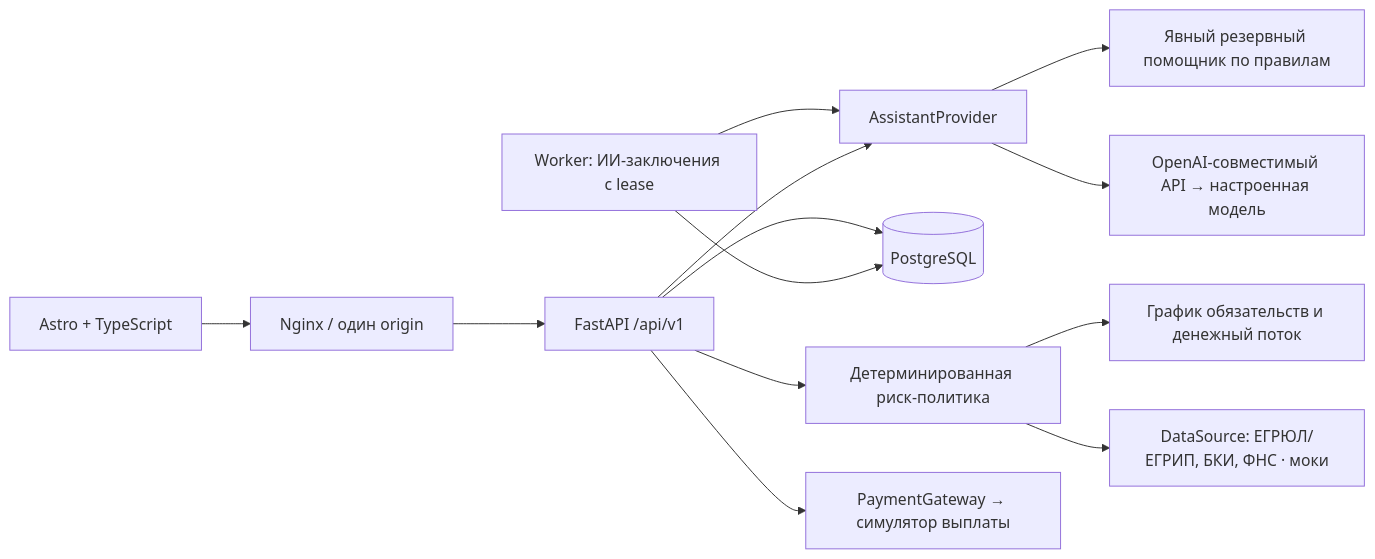
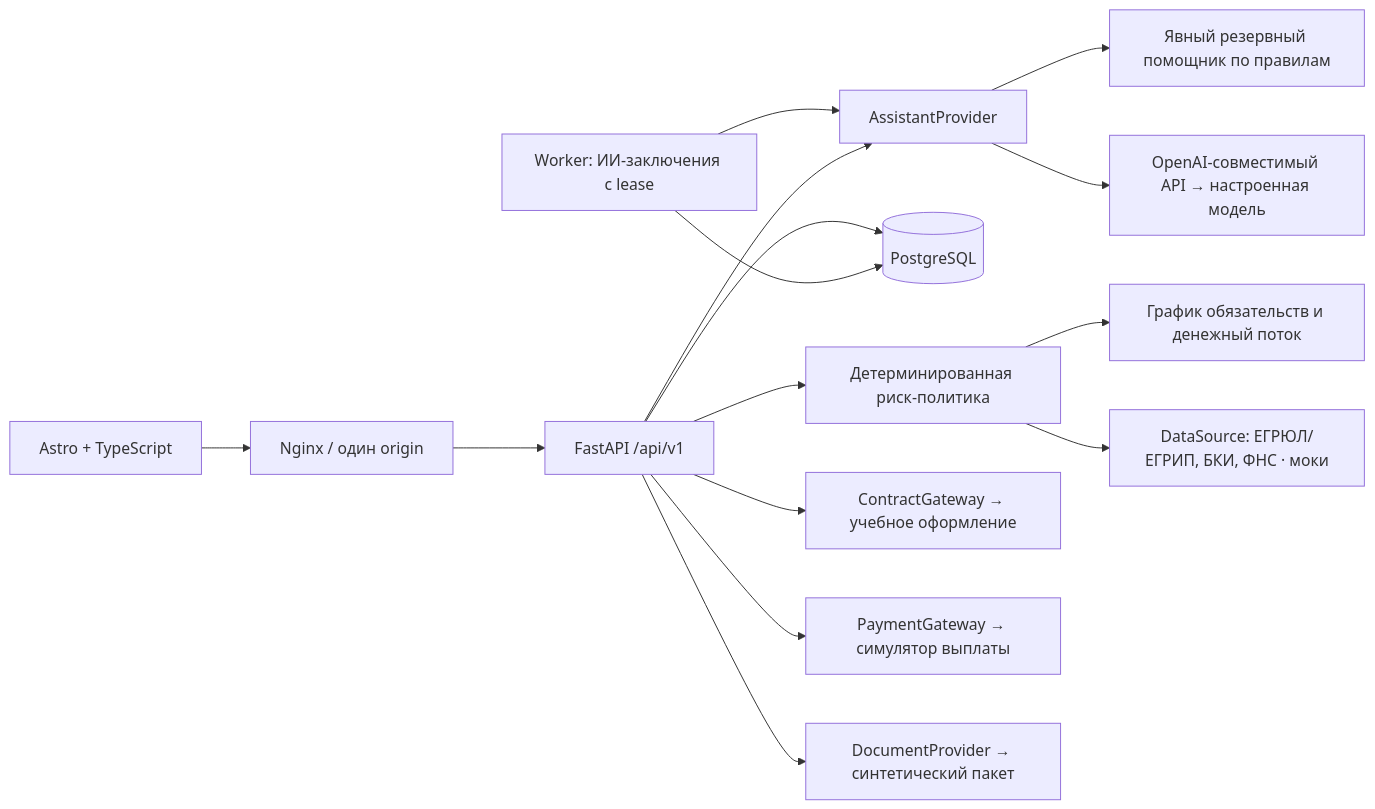
The diagram in docs/architecture.md (Michl00/AlfaFuture-CreditAccount), drawn with Mermaid before and after one commit. The commit also changed other lines of this file and 10 other files, not shown here.

````diff
--- a/docs/architecture.md
+++ b/docs/architecture.md
@@ -5,15 +5,17 @@
 ```mermaid
 flowchart LR
     Browser[Astro + TypeScript] --> Proxy[Nginx / один origin]
     Proxy --> API[FastAPI /api/v1]
     API --> Policy[Детерминированная риск-политика]
     Policy --> Sources[DataSource: ЕГРЮЛ/ЕГРИП, БКИ, ФНС · моки]
     Policy --> Cash[График обязательств и денежный поток]
     API --> DB[(PostgreSQL)]
     Worker[Worker: ИИ-заключения с lease] --> DB
     Worker --> Assistant
     API --> Assistant[AssistantProvider]
     Assistant --> Provider[OpenAI-совместимый API → настроенная модель]
     Assistant --> Rules[Явный резервный помощник по правилам]
+    API --> Contract[ContractGateway → учебное оформление]
     API --> Gateway[PaymentGateway → симулятор выплаты]
+    API --> Documents[DocumentProvider → синтетический пакет]
 ```
````
